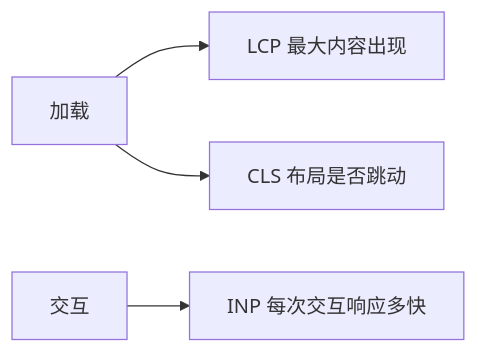
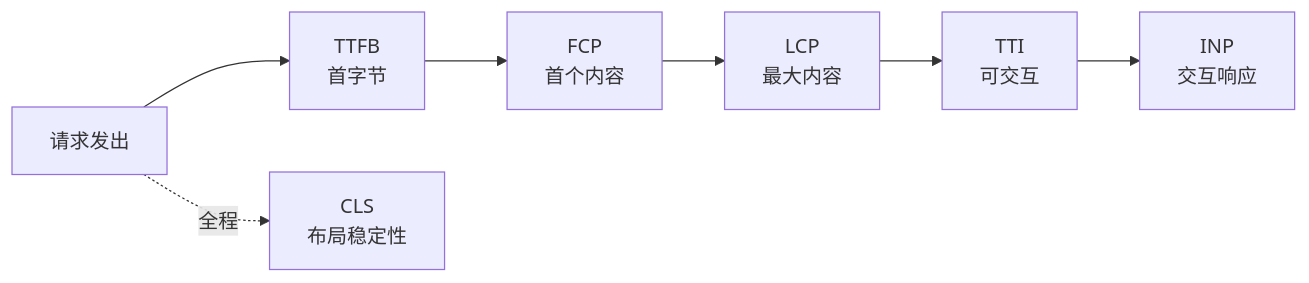
The diagram in frontend-knowledge-base/卷十-性能优化与工程质量/10.1-性能指标与CoreWebVitals.md (inspire-man/frontend-knowledge-base), drawn with Mermaid before and after one commit. The commit also changed other lines of this file, not shown here.

Commit message:
docs: 卷十 10.1 深度扩展(92→250 行:LCP/INP/CLS 逐项展开+时间线图+8 题)

````diff
--- a/frontend-knowledge-base/卷十-性能优化与工程质量/10.1-性能指标与CoreWebVitals.md
+++ b/frontend-knowledge-base/卷十-性能优化与工程质量/10.1-性能指标与CoreWebVitals.md
@@ -17,6 +13,9 @@
 ```mermaid
 flowchart LR
-    A[加载] --> B[LCP 最大内容出现]
-    A --> C[CLS 布局是否跳动]
-    D[交互] --> E[INP 每次交互响应多快]
+    A[请求发出] --> B[TTFB<br/>首字节]
+    B --> C[FCP<br/>首个内容]
+    C --> D[LCP<br/>最大内容]
+    D --> E[TTI<br/>可交互]
+    E --> F[INP<br/>交互响应]
+    A -.->|全程| G[CLS<br/>布局稳定性]
 ```
````
